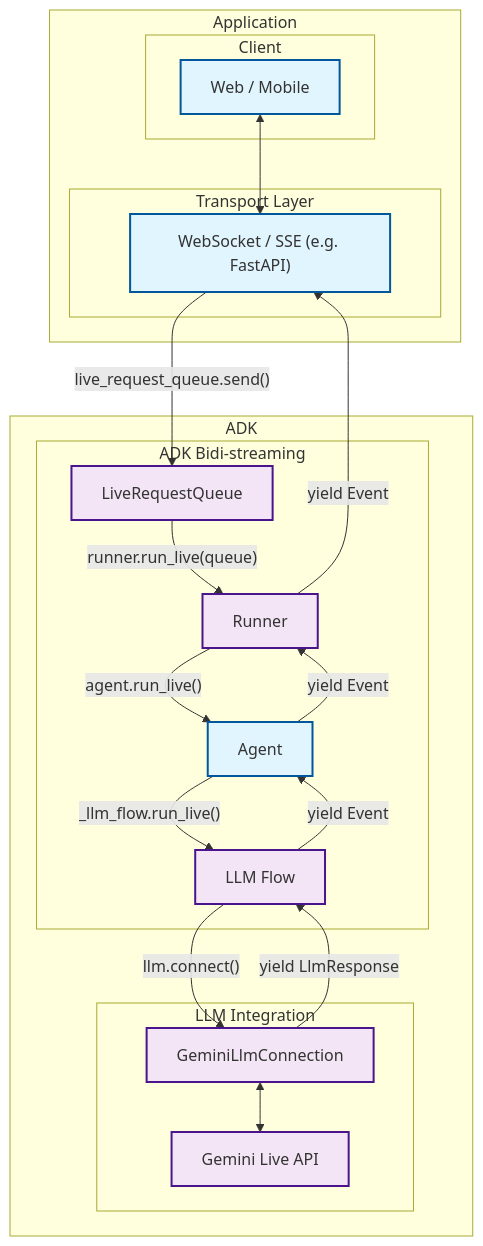
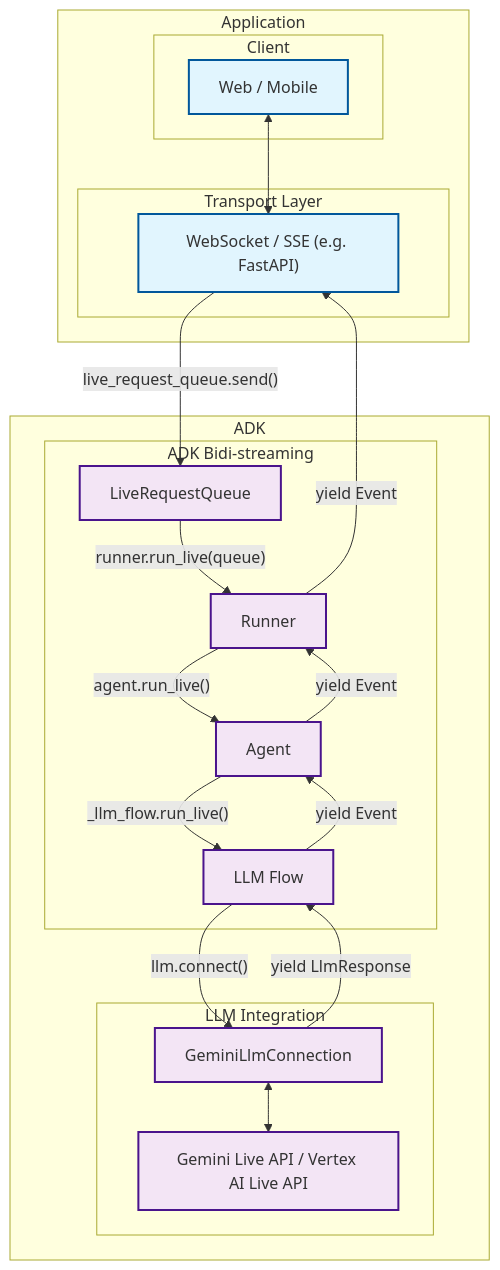
One commit to google/adk-docs changed the second of 4 diagrams in docs/streaming/dev-guide/part1.md. Above: the diagram before and after it, drawn with Mermaid. The commit also changed other lines of this file and 8 other files, not shown here.

````diff
--- a/docs/streaming/dev-guide/part1.md
+++ b/docs/streaming/dev-guide/part1.md
@@ -102,44 +258,44 @@
 ```mermaid
 graph TB
     subgraph "Application"
         subgraph "Client"
             C1["Web / Mobile"]
         end
 
         subgraph "Transport Layer"
             T1["WebSocket / SSE (e.g. FastAPI)"]
         end
     end
 
     subgraph "ADK"
         subgraph "ADK Bidi-streaming"
             L1[LiveRequestQueue]
             L2[Runner]
             L3[Agent]
             L4[LLM Flow]
         end
 
         subgraph "LLM Integration"
             G1[GeminiLlmConnection]
-            G2[Gemini Live API]
+            G2[Gemini Live API / Vertex AI Live API]
         end
     end
 
     C1 <--> T1
     T1 -->|"live_request_queue.send()"| L1
     L1 -->|"runner.run_live(queue)"| L2
     L2 -->|"agent.run_live()"| L3
     L3 -->|"_llm_flow.run_live()"| L4
     L4 -->|"llm.connect()"| G1
     G1 <--> G2
     G1 -->|"yield LlmResponse"| L4
     L4 -->|"yield Event"| L3
     L3 -->|"yield Event"| L2
     L2 -->|"yield Event"| T1
 
     classDef external fill:#e1f5fe,stroke:#01579b,stroke-width:2px
     classDef adk fill:#f3e5f5,stroke:#4a148c,stroke-width:2px
 
-    class C1,T1,L3 external
-    class L1,L2,L4,G1,G2 adk
+    class C1,T1 external
+    class L1,L2,L3,L4,G1,G2 adk
 ```
````
